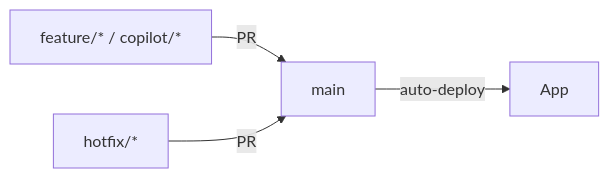
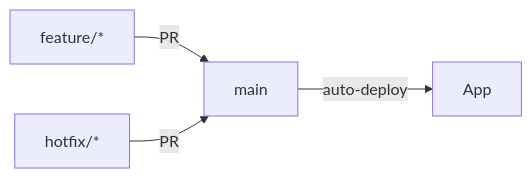
Before and after one commit to bailey-medics/quillmedical: the first of 2 diagrams in docs/docs/cicd/index.md, drawn with Mermaid. The commit also changed other lines of this file and 15 other files, not shown here.

````diff
--- a/docs/docs/cicd/index.md
+++ b/docs/docs/cicd/index.md
@@ -7,6 +7,6 @@
 ```mermaid
 graph LR
-    A["feature/* / copilot/*"] -->|PR| B[main]
+    A["feature/*"] -->|PR| B[main]
     C[hotfix/*] -->|PR| B
     B -->|auto-deploy| D[App]
 ```
````
